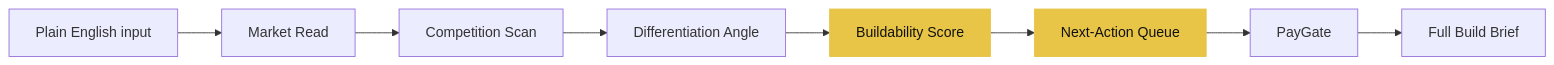
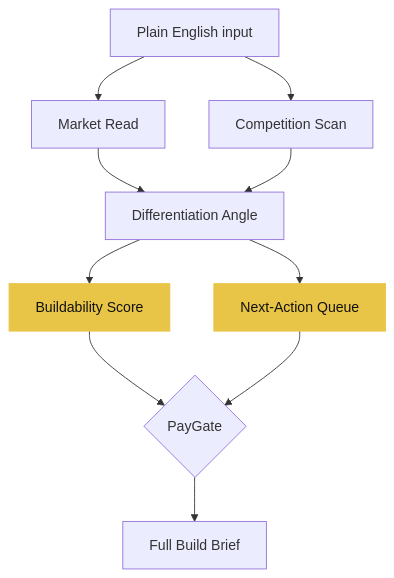
Before and after one commit to modryn-studio/modryn-studio-v2: the diagram in content/log/2026-03-23-idea-engine.mdx, drawn with Mermaid. The commit also changed other lines of this file, not shown here.

Commit message:
fix: mermaid diagram TD layout, remove TODO comments

````diff
--- a/content/log/2026-03-23-idea-engine.mdx
+++ b/content/log/2026-03-23-idea-engine.mdx
@@ -21,12 +19,15 @@
 ```mermaid
-graph LR
-  A[Plain English input] --> B[Market Read]
-  B --> C[Competition Scan]
-  C --> D[Differentiation Angle]
+graph TD
+  A[Plain English input]
+  A --> B[Market Read]
+  A --> C[Competition Scan]
+  B --> D[Differentiation Angle]
+  C --> D
   D --> E[Buildability Score]
-  E --> F[Next-Action Queue]
-  F --> G[PayGate]
+  D --> F[Next-Action Queue]
+  E --> G{PayGate}
+  F --> G
   G --> H[Full Build Brief]
+  style E fill:#E8C547,color:#111110,stroke:#E8C547
   style F fill:#E8C547,color:#111110,stroke:#E8C547
-  style E fill:#E8C547,color:#111110,stroke:#E8C547
 ```
````
